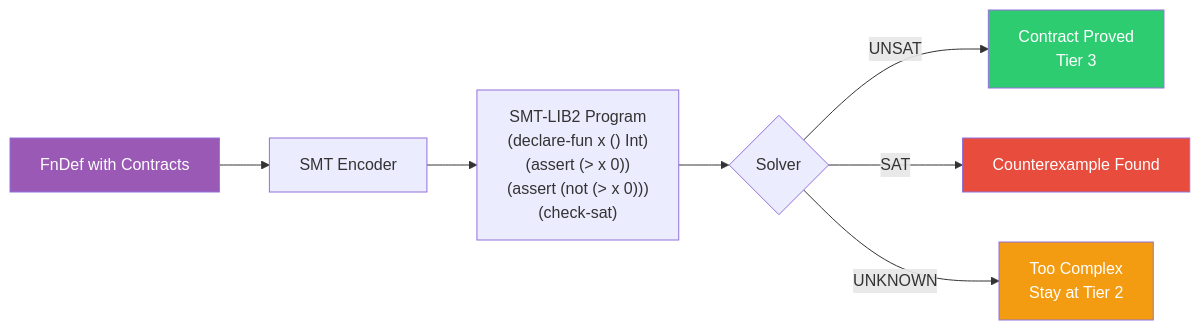
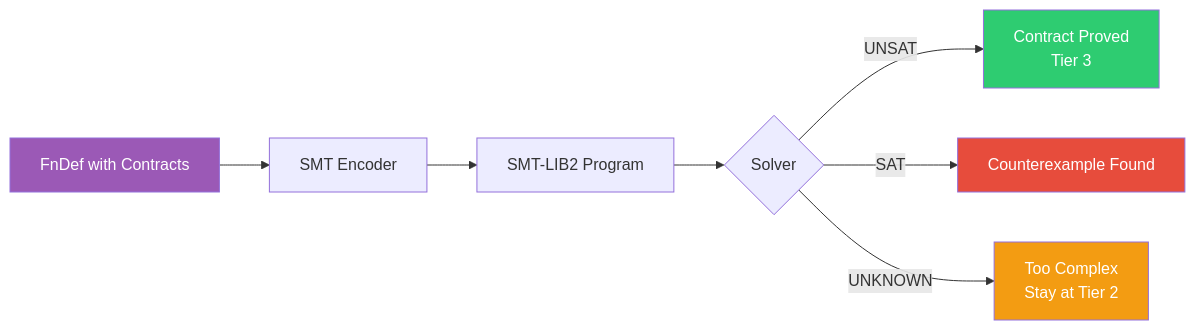
The tenth of 13 diagrams in README.md (sage3648/sigil), drawn with Mermaid before and after one commit. The commit also changed other lines of this file, not shown here.

````diff
--- a/README.md
+++ b/README.md
@@ -433,14 +549,14 @@
 ```mermaid
 flowchart LR
     FN["FnDef with Contracts"] --> ENC["SMT Encoder"]
-    ENC --> SMTLIB["SMT-LIB2 Program<br/>(declare-fun x () Int)<br/>(assert (> x 0))<br/>(assert (not (> x 0)))<br/>(check-sat)"]
+    ENC --> SMTLIB["SMT-LIB2 Program"]
     SMTLIB --> SOLVER{"Solver"}
     SOLVER -->|"UNSAT"| PROVED["Contract Proved<br/>Tier 3"]
     SOLVER -->|"SAT"| COUNTER["Counterexample Found"]
     SOLVER -->|"UNKNOWN"| UNKNOWN["Too Complex<br/>Stay at Tier 2"]
 
     style FN fill:#9b59b6,color:#fff
     style PROVED fill:#2ecc71,color:#fff
     style COUNTER fill:#e74c3c,color:#fff
     style UNKNOWN fill:#f39c12,color:#fff
 ```
````
